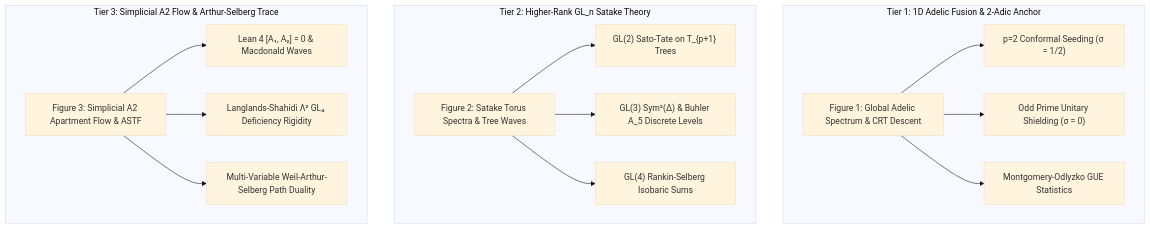
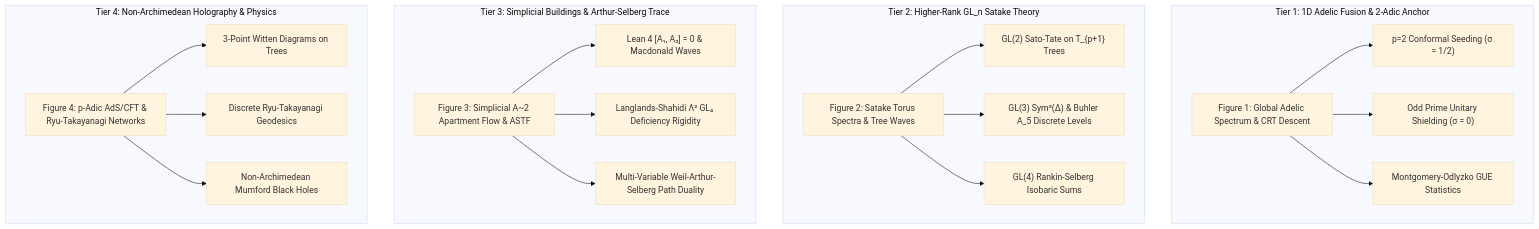
Before and after one commit to sneed-and-feed/adelic-spectral-zeta: the diagram in docs/unified_monograph.md, drawn with Mermaid (base theme). The commit also changed other lines of this file and 11 other files, not shown here.

````diff
--- a/docs/unified_monograph.md
+++ b/docs/unified_monograph.md
@@ -26,23 +37,30 @@
 ```mermaid
 graph TD
     subgraph Tier_1_1D_Adelic_Fusion_2_Adic_Anchor ["Tier 1: 1D Adelic Fusion & 2-Adic Anchor"]
         Fig1["Figure 1: Global Adelic Spectrum & CRT Descent"]
         Fig1 --> P2Anchor["p=2 Conformal Seeding (σ = 1/2)"]
         Fig1 --> OddShield["Odd Prime Unitary Shielding (σ = 0)"]
         Fig1 --> GUEStats["Montgomery-Odlyzko GUE Statistics"]
     end
 
     subgraph Tier_2_Higher_Rank_GL_n_Satake_Theory ["Tier 2: Higher-Rank GL_n Satake Theory"]
         Fig2["Figure 2: Satake Torus Spectra & Tree Waves"]
         Fig2 --> GL2Tree["GL(2) Sato-Tate on T_{p+1} Trees"]
         Fig2 --> GL3Sym2["GL(3) Sym²(Δ) & Buhler A_5 Discrete Levels"]
         Fig2 --> GL4Iso["GL(4) Rankin-Selberg Isobaric Sums"]
     end
 
-    subgraph Tier_3_Simplicial_A2_Flow_Arthur_Selberg_Trace ["Tier 3: Simplicial A2 Flow & Arthur-Selberg Trace"]
-        Fig3["Figure 3: Simplicial A2 Apartment Flow & ASTF"]
+    subgraph Tier_3_Simplicial_A2_Flow_Arthur_Selberg_Trace ["Tier 3: Simplicial Buildings & Arthur-Selberg Trace"]
+        Fig3["Figure 3: Simplicial A~2 Apartment Flow & ASTF"]
         Fig3 --> LeanA2["Lean 4 [A₁, A₂] = 0 & Macdonald Waves"]
         Fig3 --> ShahidiRig["Langlands-Shahidi Λ² GL₄ Deficiency Rigidity"]
         Fig3 --> ASTFTrace["Multi-Variable Weil-Arthur-Selberg Path Duality"]
     end
+
+    subgraph Tier_4_Non_Archimedean_Holography_Physics ["Tier 4: Non-Archimedean Holography & Physics"]
+        Fig4["Figure 4: p-Adic AdS/CFT & Ryu-Takayanagi Networks"]
+        Fig4 --> TreeCFT["3-Point Witten Diagrams on Trees"]
+        Fig4 --> MinCutRT["Discrete Ryu-Takayanagi Geodesics"]
+        Fig4 --> MumfordBH["Non-Archimedean Mumford Black Holes"]
+    end
 ```
````
